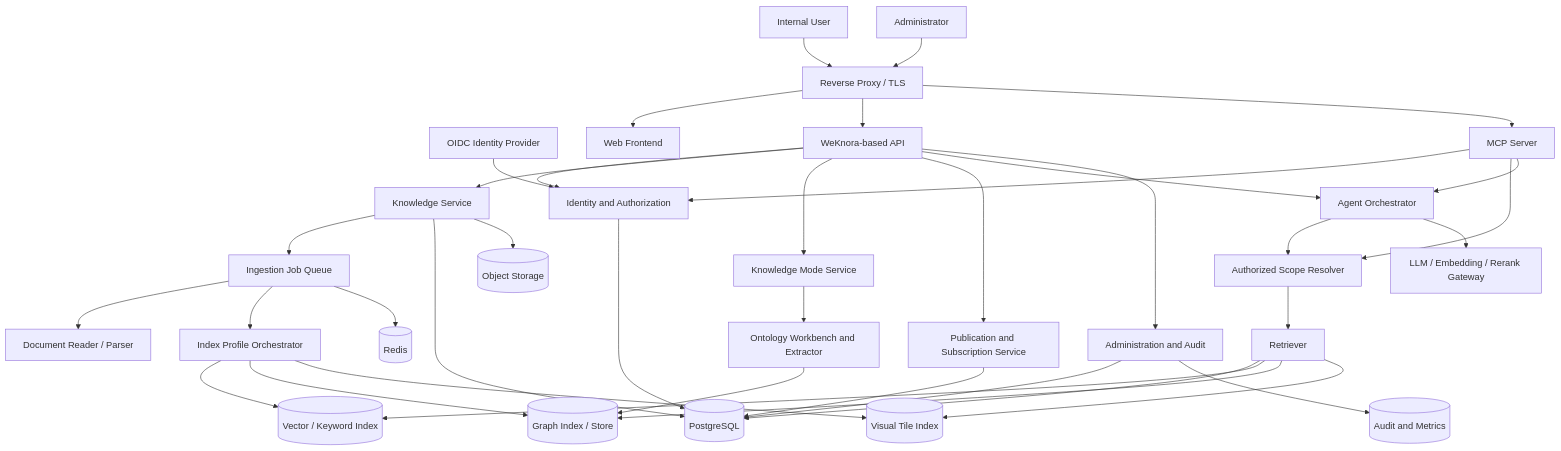
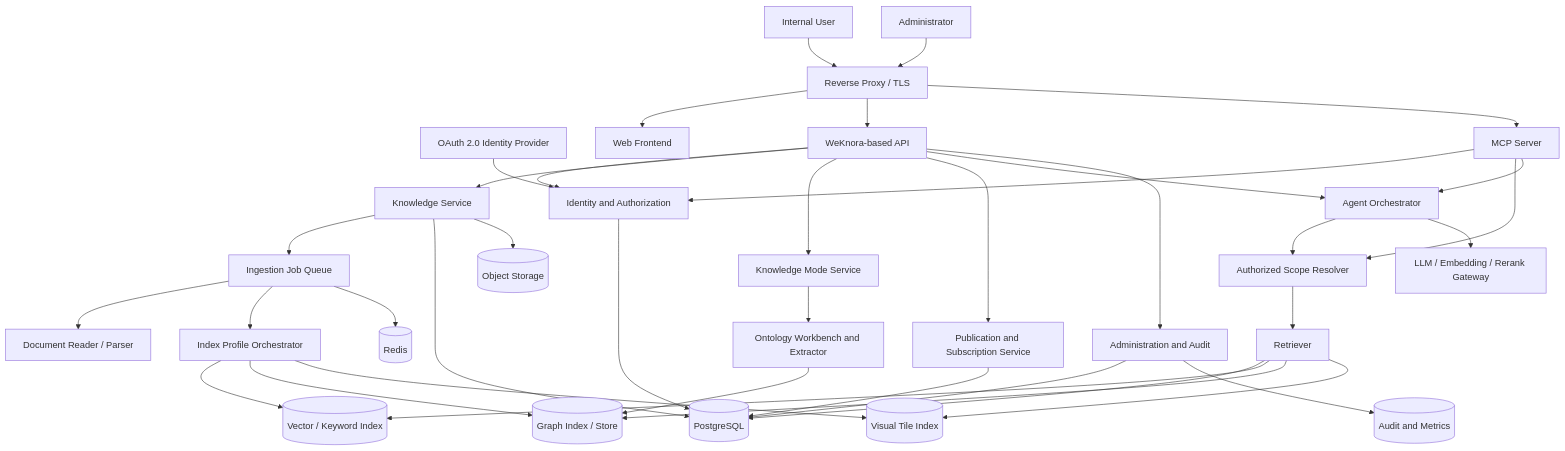
The first of 5 diagrams in docs/OVERALL_DESIGN.md (gawaineLee77/MyKB), drawn with Mermaid before and after one commit. The commit also changed other lines of this file and 106 other files, not shown here.

````diff
--- a/docs/OVERALL_DESIGN.md
+++ b/docs/OVERALL_DESIGN.md
@@ -346,45 +346,45 @@
 ```mermaid
 flowchart TB
     U[Internal User] --> RP[Reverse Proxy / TLS]
     A[Administrator] --> RP
-    IDP[OIDC Identity Provider] --> AUTH
+    IDP[OAuth 2.0 Identity Provider] --> AUTH
 
     RP --> WEB[Web Frontend]
     RP --> API[WeKnora-based API]
     RP --> MCP[MCP Server]
 
     API --> AUTH[Identity and Authorization]
     API --> KB[Knowledge Service]
     API --> MODE[Knowledge Mode Service]
     API --> PUB[Publication and Subscription Service]
     API --> AGENT[Agent Orchestrator]
     API --> ADMIN[Administration and Audit]
     MCP --> AUTH
     MCP --> AUTHZ
     MCP --> AGENT
 
     KB --> JOBS[Ingestion Job Queue]
     JOBS --> PARSER[Document Reader / Parser]
     JOBS --> INDEX[Index Profile Orchestrator]
     INDEX --> VECTOR
     INDEX --> GRAPH[(Graph Index / Store)]
     INDEX --> PIXEL[(Visual Tile Index)]
     MODE --> ONTO[Ontology Workbench and Extractor]
     ONTO --> GRAPH
 
     AGENT --> AUTHZ[Authorized Scope Resolver]
     AUTHZ --> RETRIEVE[Retriever]
     RETRIEVE --> META[(PostgreSQL)]
     RETRIEVE --> VECTOR[(Vector / Keyword Index)]
     RETRIEVE --> GRAPH
     RETRIEVE --> PIXEL
     AGENT --> MODEL[LLM / Embedding / Rerank Gateway]
 
     KB --> META
     PUB --> META
     AUTH --> META
     ADMIN --> META
     KB --> OBJECT[(Object Storage)]
     JOBS --> REDIS[(Redis)]
     ADMIN --> AUDIT[(Audit and Metrics)]
 ```
````
